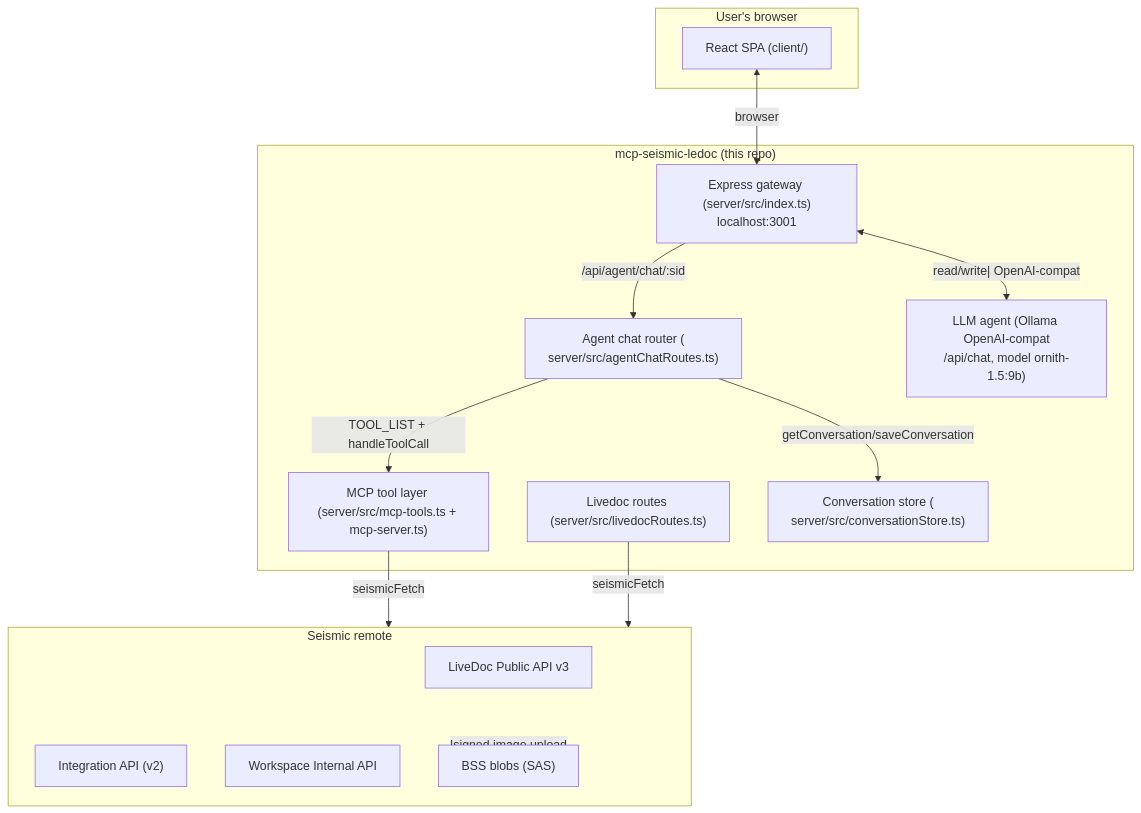
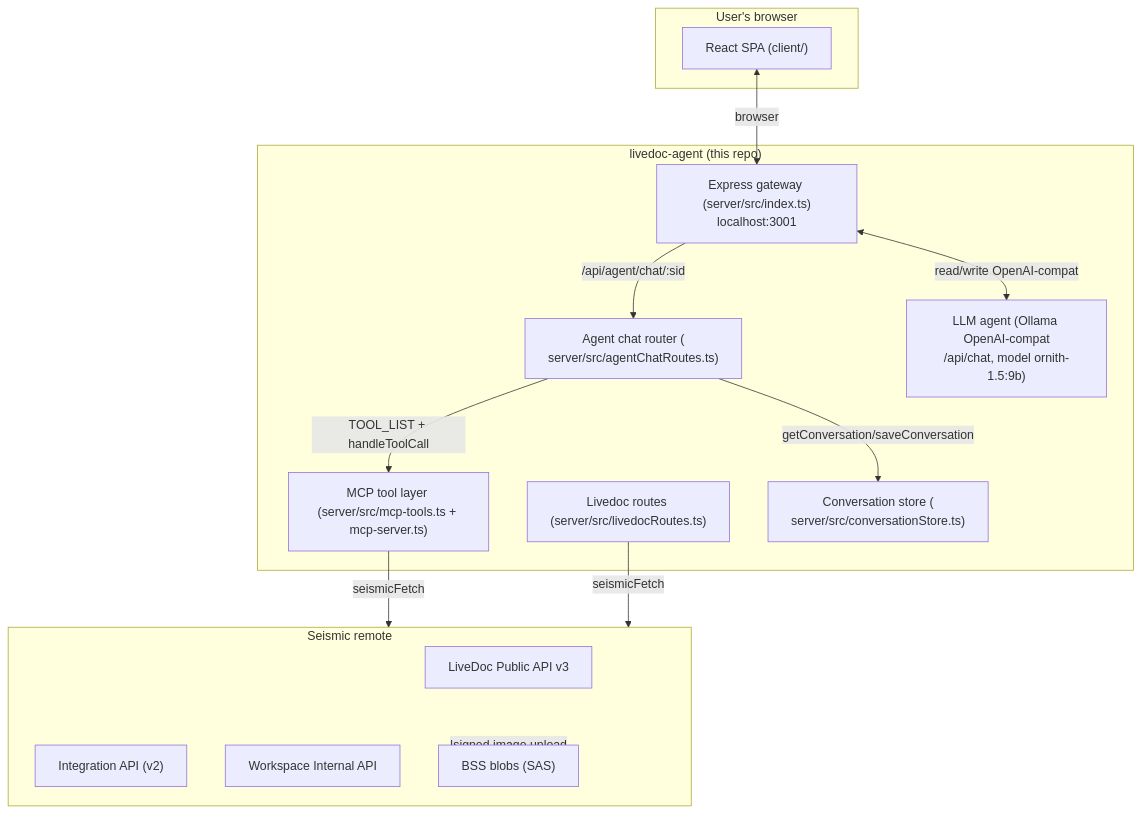
The first of 5 diagrams in docs/architecture-high-level.md (garyliu-seismic/livedoc-agent), drawn with Mermaid before and after one commit. The commit also changed other lines of this file, not shown here.

Commit message:
Fix architecture document rendering

````diff
--- a/docs/architecture-high-level.md
+++ b/docs/architecture-high-level.md
@@ -26,28 +26,28 @@
 ```mermaid
 flowchart TB
     subgraph UI["User's browser"]
         SPA["React SPA (client/)"]
     end
-    subgraph GW["mcp-seismic-ledoc (this repo)"]
+    subgraph GW["livedoc-agent (this repo)"]
         EX["Express gateway (server/src/index.ts)<br/>localhost:3001"]
         ROUTES["Livedoc routes (server/src/livedocRoutes.ts)"]
         MCP["MCP tool layer (server/src/mcp-tools.ts + mcp-server.ts)"]
         CHAT["Agent chat router (<br/>server/src/agentChatRoutes.ts)"]
         CONV["Conversation store (<br/>server/src/conversationStore.ts)"]
         MODEL["LLM agent (Ollama OpenAI-compat<br/>/api/chat, model ornith-1.5:9b)"]
     end
     subgraph LDS["Seismic remote"]
         PUB["LiveDoc Public API v3"]
         INTG["Integration API (v2)"]
         WS["Workspace Internal API"]
         BSS["BSS blobs (SAS)"]
     end
     SPA <-->|"browser"| EX
-    EX <-->|"read/write| OpenAI-compat"| MODEL
+    EX <-->|"read/write OpenAI-compat"| MODEL
     EX --"/api/agent/chat/:sid"--> CHAT
     CHAT -->|TOOL_LIST + handleToolCall| MCP
     CHAT -->|getConversation/saveConversation| CONV
     MCP -->|seismicFetch| LDS
     ROUTES -->|seismicFetch| LDS
     LDS --|signed image upload --> BSS
 ```
````
